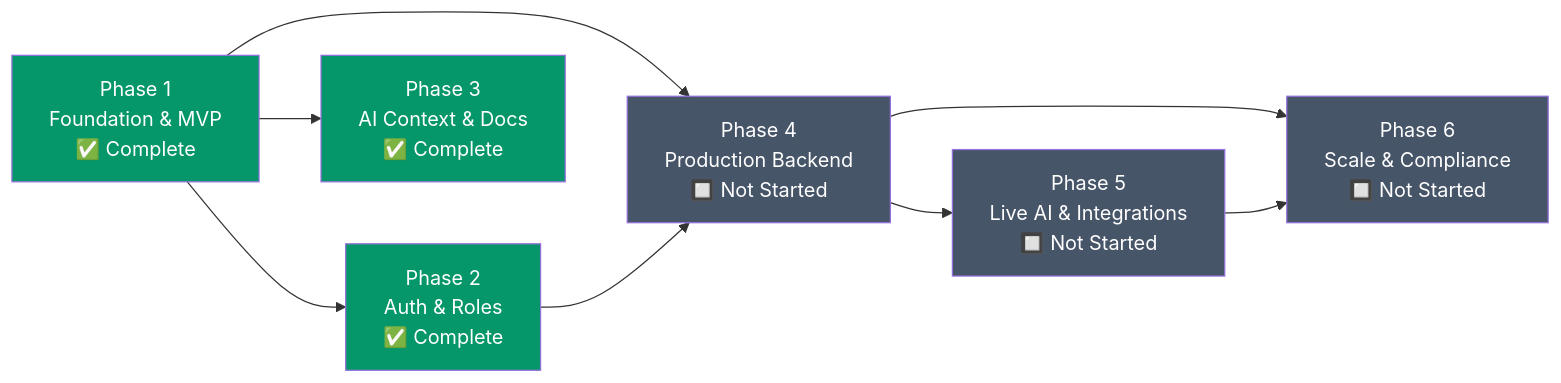
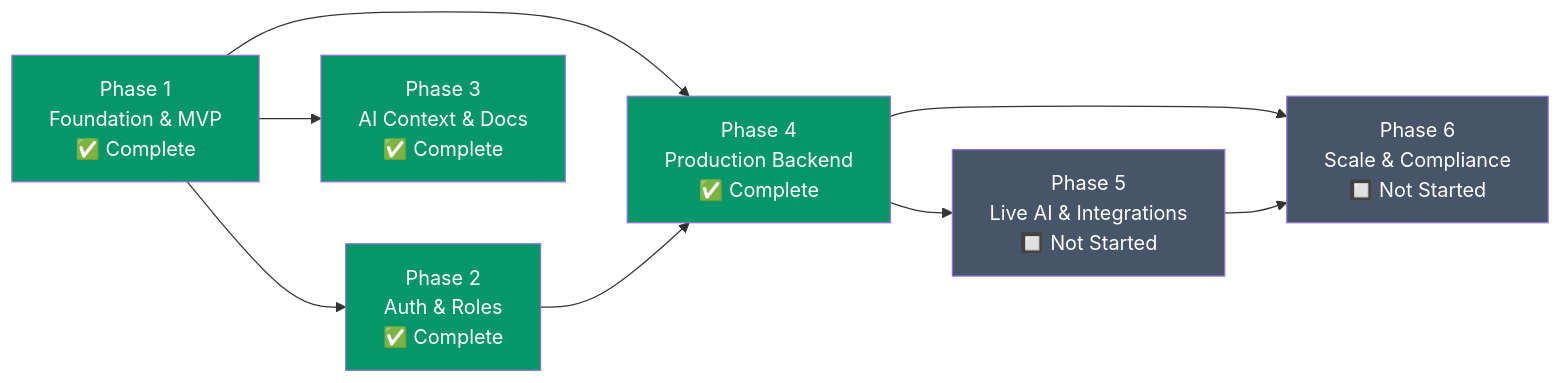
One commit to manishalone08-dot/Altmedi changed the diagram in phases.md. Above: the diagram before and after it, drawn with Mermaid. The commit also changed other lines of this file and 15 other files, not shown here.

````diff
--- a/phases.md
+++ b/phases.md
@@ -298,17 +299,17 @@
 ```mermaid
 graph LR
     P1["Phase 1\nFoundation & MVP\n✅ Complete"] --> P2["Phase 2\nAuth & Roles\n✅ Complete"]
-    P1 --> P4["Phase 4\nProduction Backend\n🔲 Not Started"]
+    P1 --> P4["Phase 4\nProduction Backend\n✅ Complete"]
     P2 --> P4
     P1 --> P3["Phase 3\nAI Context & Docs\n✅ Complete"]
     P4 --> P5["Phase 5\nLive AI & Integrations\n🔲 Not Started"]
     P4 --> P6["Phase 6\nScale & Compliance\n🔲 Not Started"]
     P5 --> P6
 
     style P1 fill:#059669,color:#fff
     style P2 fill:#059669,color:#fff
     style P3 fill:#059669,color:#fff
-    style P4 fill:#475569,color:#fff
+    style P4 fill:#059669,color:#fff
     style P5 fill:#475569,color:#fff
     style P6 fill:#475569,color:#fff
 ```
````
